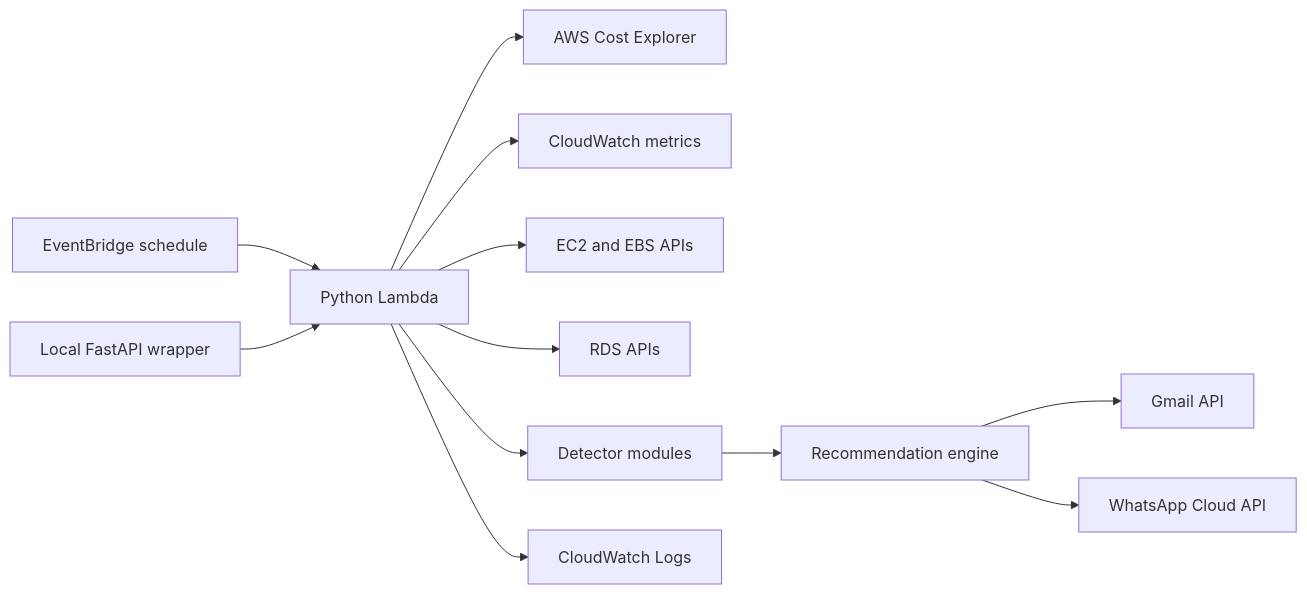
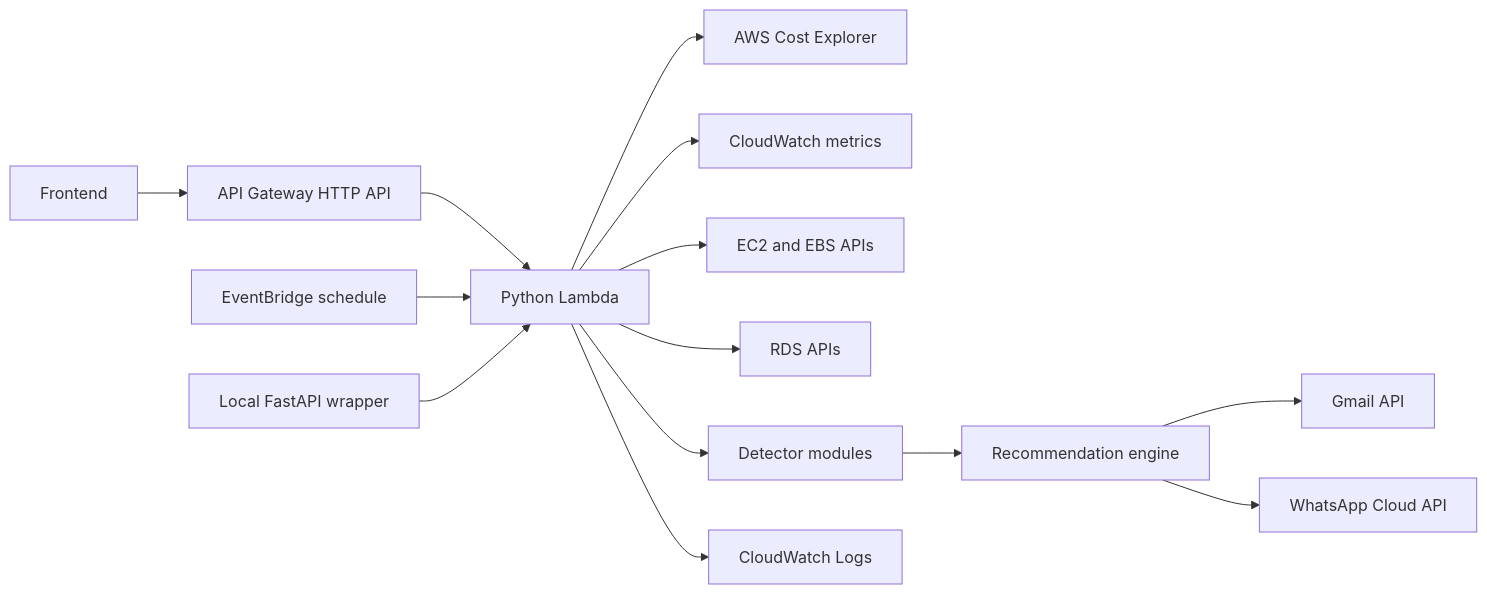
Before and after one commit to Rohit1204/cloud-cost-guardrail-analyzer: the diagram in README.md, drawn with Mermaid. The commit also changed other lines of this file and 10 other files, not shown here.

````diff
--- a/README.md
+++ b/README.md
@@ -21,14 +21,16 @@
 ```mermaid
 flowchart LR
+  Frontend["Frontend"] --> ApiGateway["API Gateway HTTP API"]
+  ApiGateway --> Lambda["Python Lambda"]
   EventBridge["EventBridge schedule"] --> Lambda["Python Lambda"]
   Lambda --> CostExplorer["AWS Cost Explorer"]
   Lambda --> CloudWatch["CloudWatch metrics"]
   Lambda --> EC2["EC2 and EBS APIs"]
   Lambda --> RDS["RDS APIs"]
   Lambda --> Analyzer["Detector modules"]
   Analyzer --> Recommender["Recommendation engine"]
   Recommender --> Gmail["Gmail API"]
   Recommender --> WhatsApp["WhatsApp Cloud API"]
   Lambda --> Logs["CloudWatch Logs"]
   FastAPI["Local FastAPI wrapper"] --> Lambda
 ```
````
